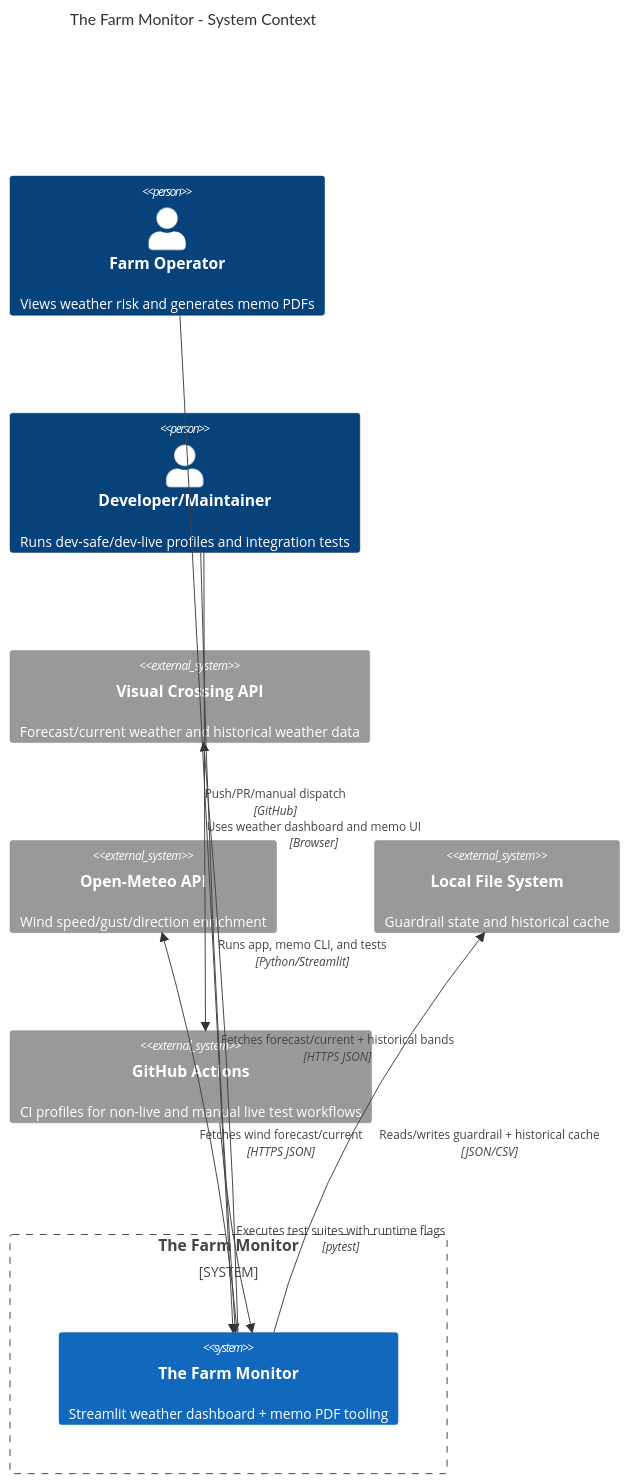
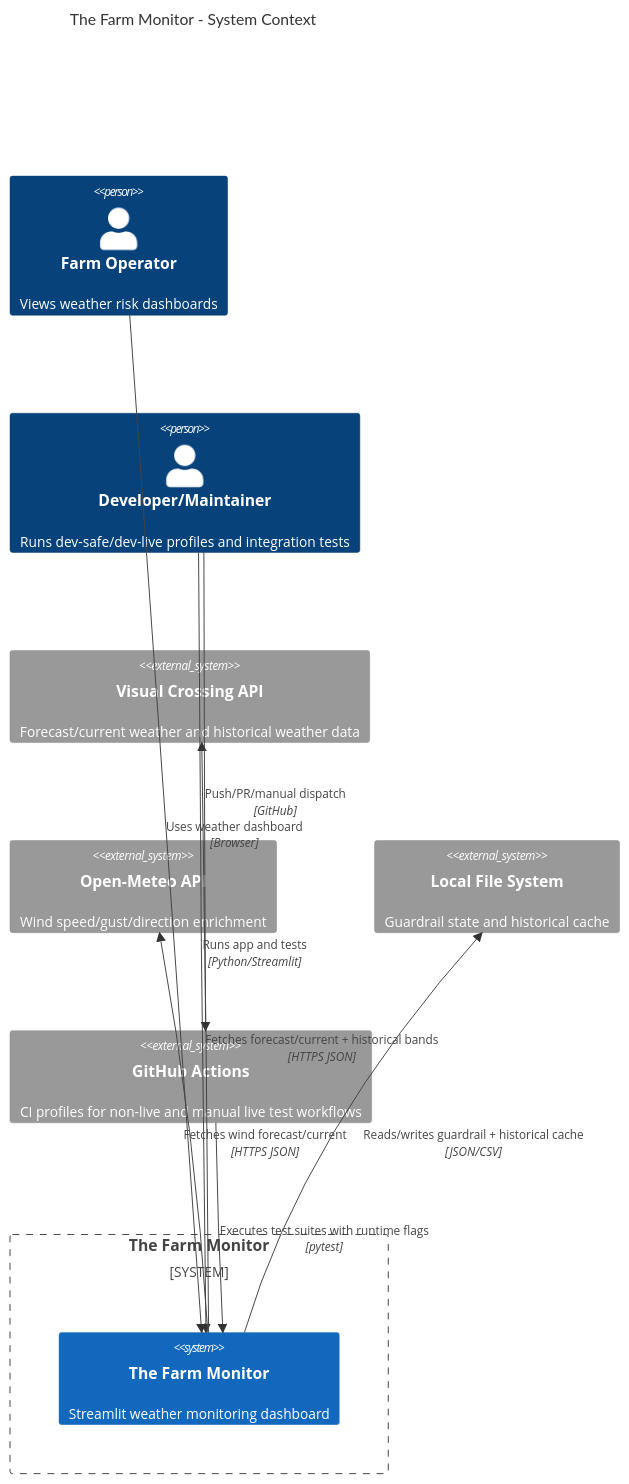
The diagram in docs/c4/c1-system-context.md (RobinWikoff/the-farm-monitor), drawn with Mermaid before and after one commit. The commit also changed 20 other files, not shown here.

First line of the commit message:
Remove memo module (migrated to separate repo) and update C4 diagrams to Level 4 compliance

````diff
--- a/docs/c4/c1-system-context.md
+++ b/docs/c4/c1-system-context.md
@@ -7,24 +7,24 @@
 ```mermaid
 C4Context
     title The Farm Monitor - System Context
 
-    Person(user, "Farm Operator", "Views weather risk and generates memo PDFs")
+    Person(user, "Farm Operator", "Views weather risk dashboards")
     Person(dev, "Developer/Maintainer", "Runs dev-safe/dev-live profiles and integration tests")
 
     System_Boundary(farm_boundary, "The Farm Monitor") {
-        System(farm_monitor, "The Farm Monitor", "Streamlit weather dashboard + memo PDF tooling")
+        System(farm_monitor, "The Farm Monitor", "Streamlit weather monitoring dashboard")
     }
 
     System_Ext(vc_api, "Visual Crossing API", "Forecast/current weather and historical weather data")
     System_Ext(om_api, "Open-Meteo API", "Wind speed/gust/direction enrichment")
     System_Ext(local_fs, "Local File System", "Guardrail state and historical cache")
     System_Ext(ci_runner, "GitHub Actions", "CI profiles for non-live and manual live test workflows")
 
-    Rel(user, farm_monitor, "Uses weather dashboard and memo UI", "Browser")
-    Rel(dev, farm_monitor, "Runs app, memo CLI, and tests", "Python/Streamlit")
+    Rel(user, farm_monitor, "Uses weather dashboard", "Browser")
+    Rel(dev, farm_monitor, "Runs app and tests", "Python/Streamlit")
     Rel(farm_monitor, vc_api, "Fetches forecast/current + historical bands", "HTTPS JSON")
     Rel(farm_monitor, om_api, "Fetches wind forecast/current", "HTTPS JSON")
     Rel(farm_monitor, local_fs, "Reads/writes guardrail + historical cache", "JSON/CSV")
     Rel(dev, ci_runner, "Push/PR/manual dispatch", "GitHub")
     Rel(ci_runner, farm_monitor, "Executes test suites with runtime flags", "pytest")
 ```
````
